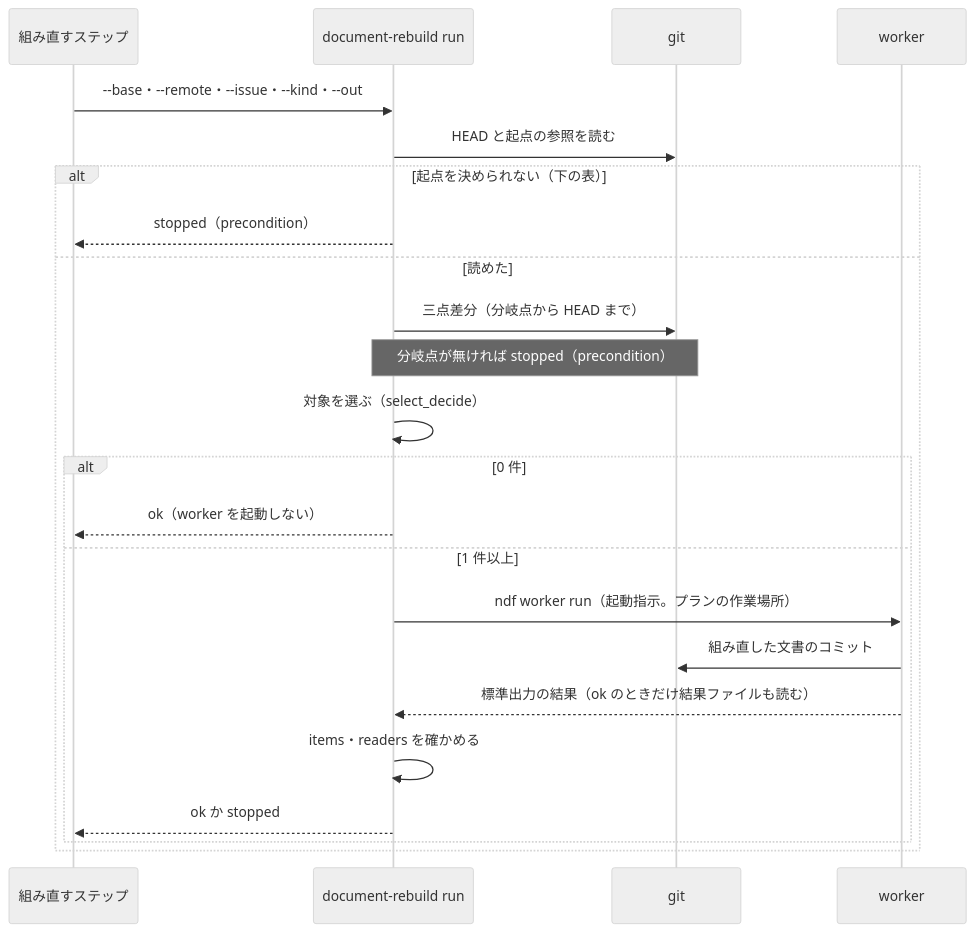
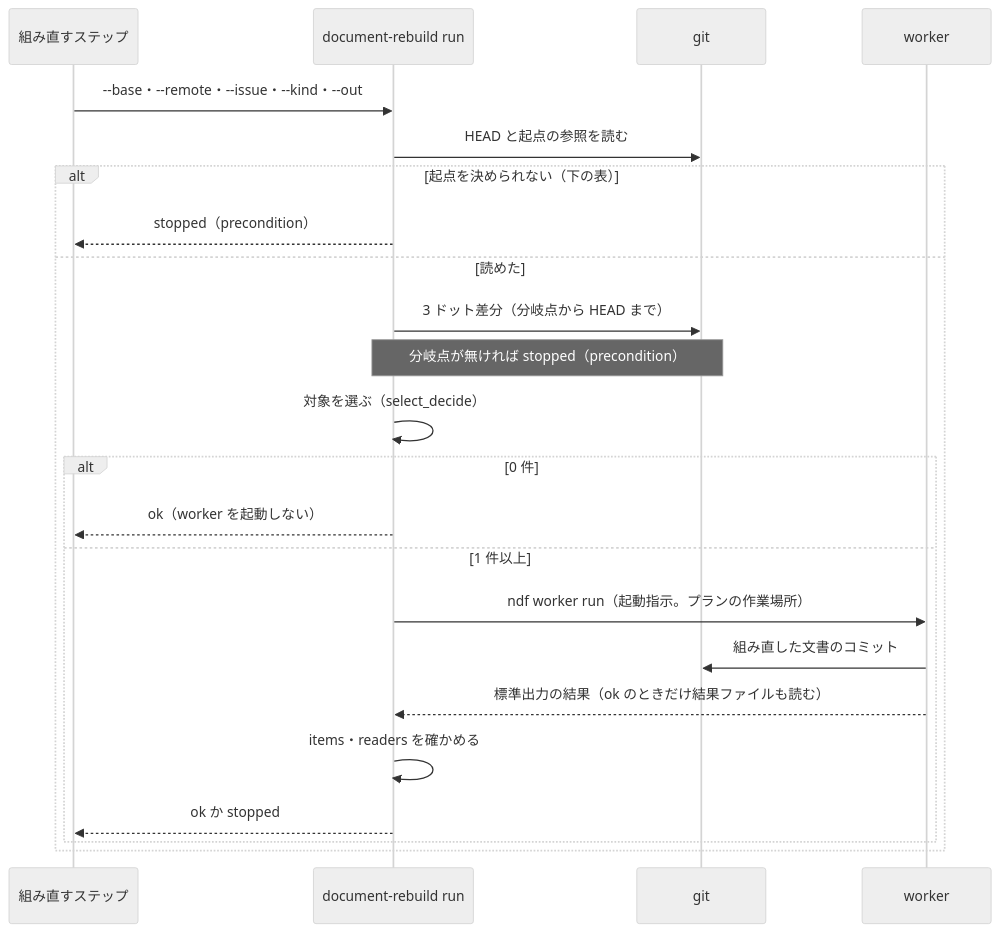
One commit to devbasex/ai-plugins changed the fourth of 4 diagrams in issues/issue-4337-design.md. Above: the diagram before and after it, drawn with Mermaid (neutral theme). The commit also changed other lines of this file and 1 other file, not shown here.

````diff
--- a/issues/issue-4337-design.md
+++ b/issues/issue-4337-design.md
@@ -240,25 +240,25 @@
 ```mermaid
 sequenceDiagram
     participant S as 組み直すステップ
     participant R as document-rebuild run
     participant G as git
     participant W as worker
     S->>R: --base・--remote・--issue・--kind・--out
     R->>G: HEAD と起点の参照を読む
     alt 起点を決められない（下の表）
         R-->>S: stopped（precondition）
     else 読めた
-        R->>G: 三点差分（分岐点から HEAD まで）
+        R->>G: 3 ドット差分（分岐点から HEAD まで）
         Note over R,G: 分岐点が無ければ stopped（precondition）
         R->>R: 対象を選ぶ（select_decide）
         alt 0 件
             R-->>S: ok（worker を起動しない）
         else 1 件以上
             R->>W: ndf worker run（起動指示。プランの作業場所）
             W->>G: 組み直した文書のコミット
             W-->>R: 標準出力の結果（ok のときだけ結果ファイルも読む）
             R->>R: items・readers を確かめる
             R-->>S: ok か stopped
         end
     end
 ```
````
